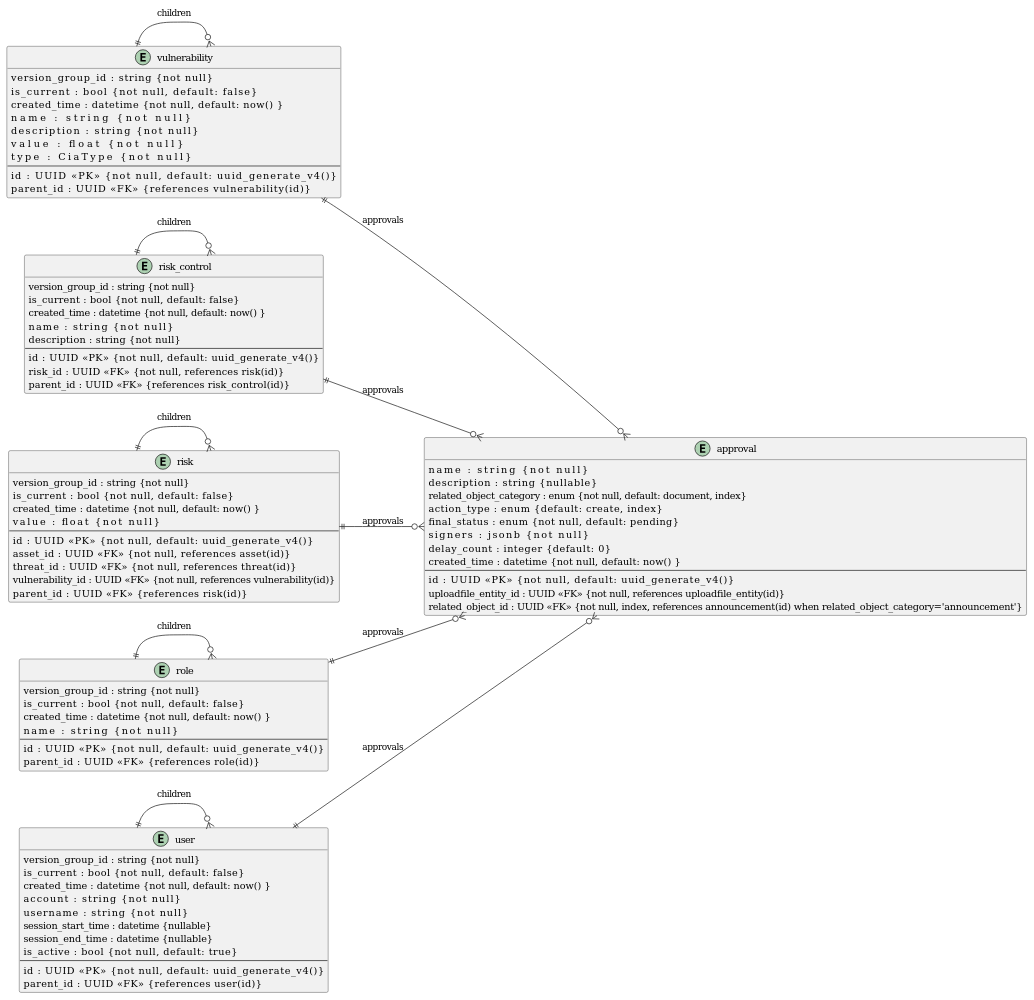
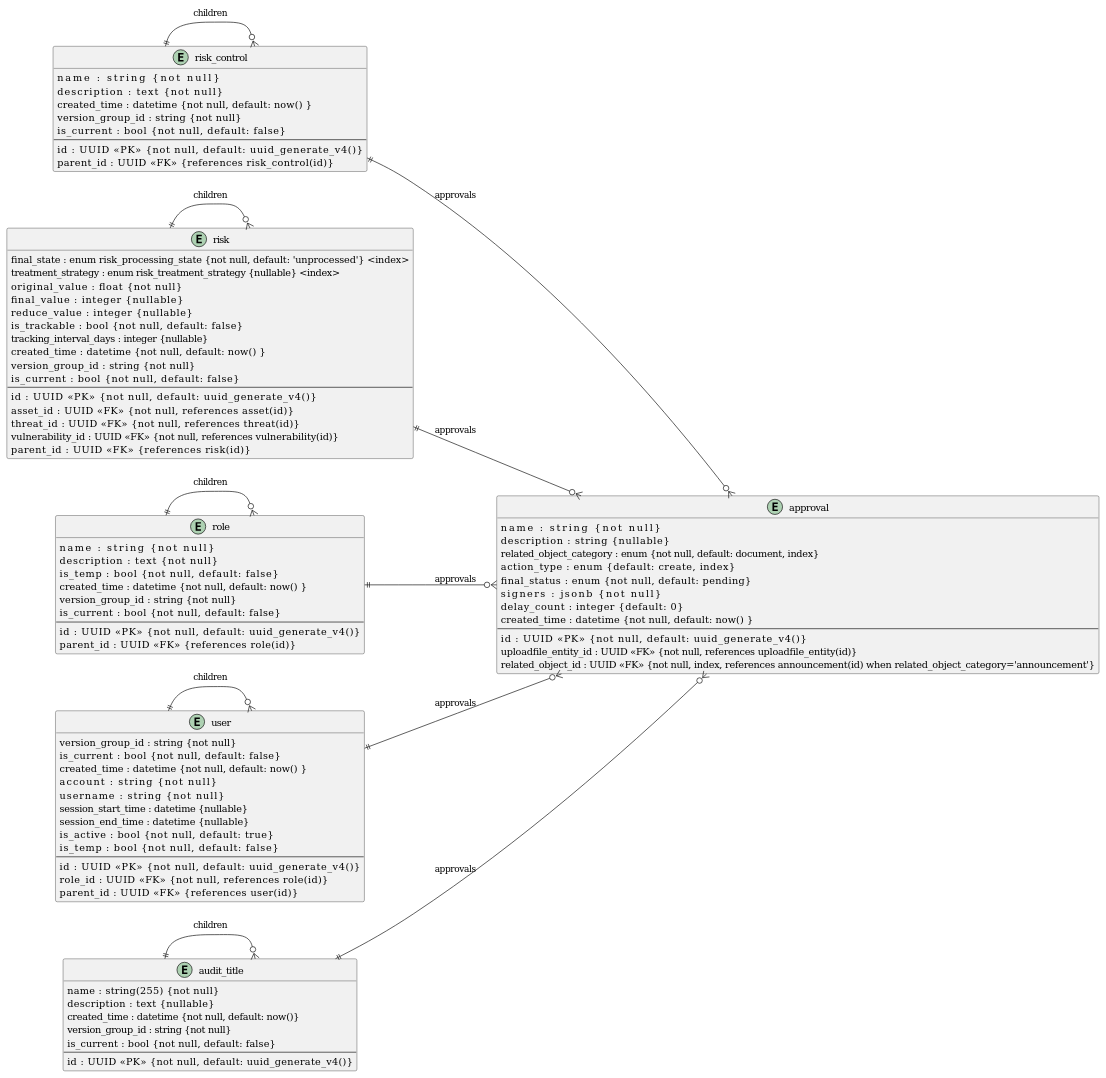
Before and after one commit to walle45611/NTUB_SecuManag_Diagram: the diagram in plantUML/database/model/approval/approval_3.puml, drawn with PlantUML. The commit also changed other lines of this file and 14 other files, not shown here.

```diff
--- a/plantUML/database/model/approval/approval_3.puml
+++ b/plantUML/database/model/approval/approval_3.puml
@@ -1,95 +1,97 @@
 @startuml
 ' skinparam linetype ortho
 left to right direction
 
 entity "approval" as APV {
     name                    : string    {not null}
     description             : string    {nullable}
     related_object_category : enum      {not null, default: document, index}
     action_type             : enum      {default: create, index}
     final_status            : enum      {not null, default: pending}
     signers                 : jsonb     {not null}
     delay_count             : integer   {default: 0}
     created_time            : datetime  {not null, default: now() }
     --
     id                      : UUID      <<PK>>  {not null, default: uuid_generate_v4()}
     uploadfile_entity_id    : UUID      <<FK>>  {not null, references uploadfile_entity(id)}
     related_object_id       : UUID      <<FK>>  {not null, index, references announcement(id) when related_object_category='announcement'}
 }
 
-
-
-
-
-entity "vulnerability" as VUL {
-    version_group_id                : string    {not null}
-    is_current                      : bool      {not null, default: false}
-    created_time                    : datetime  {not null, default: now() }
-    name                            : string    {not null}
-    description                     : string    {not null}
-    value                           : float     {not null}
-    type                            : CiaType   {not null}
+entity "risk_control" as RSC {
+    name                    : string     {not null}
+    description             : text       {not null}
+    created_time            : datetime   {not null, default: now() }
+    version_group_id        : string     {not null}
+    is_current              : bool       {not null, default: false}
     --
-    id                              : UUID      <<PK>>  {not null, default: uuid_generate_v4()}
-    parent_id                       : UUID      <<FK>>  {references vulnerability(id)}
-}
-VUL ||--o{ VUL : children
-VUL ||--o{ APV : approvals
-
-entity "risk_control" as RSC {
-    version_group_id  : string    {not null}
-    is_current        : bool      {not null, default: false}
-    created_time      : datetime  {not null, default: now() }
-    name              : string    {not null}
-    description       : string    {not null}
-    --
-    id                : UUID      <<PK>>  {not null, default: uuid_generate_v4()}
-    risk_id           : UUID      <<FK>>  {not null, references risk(id)}
-    parent_id         : UUID      <<FK>>  {references risk_control(id)}
+    id                      : UUID       <<PK>> {not null, default: uuid_generate_v4()}
+    parent_id               : UUID       <<FK>> {references risk_control(id)}
 }
 RSC ||--o{ RSC : children
 RSC ||--o{ APV : approvals
 
 entity "risk" as RSK {
-    version_group_id      : string    {not null}
-    is_current            : bool      {not null, default: false}
-    created_time          : datetime  {not null, default: now() }
-    value                 : float     {not null}
+    final_state             : enum risk_processing_state {not null, default: 'unprocessed'} <index>
+    treatment_strategy      : enum risk_treatment_strategy {nullable} <index>
+    original_value          : float      {not null}
+    final_value             : integer    {nullable}
+    reduce_value            : integer    {nullable}
+    is_trackable            : bool       {not null, default: false}
+    tracking_interval_days  : integer    {nullable}
+    created_time            : datetime   {not null, default: now() }
+    version_group_id        : string     {not null}
+    is_current              : bool       {not null, default: false}
     --
-    id                    : UUID      <<PK>>  {not null, default: uuid_generate_v4()}
-    asset_id              : UUID      <<FK>>  {not null, references asset(id)}
-    threat_id             : UUID      <<FK>>  {not null, references threat(id)}
-    vulnerability_id      : UUID      <<FK>>  {not null, references vulnerability(id)}
-    parent_id             : UUID      <<FK>>  {references risk(id)}
+    id                      : UUID       <<PK>> {not null, default: uuid_generate_v4()}
+    asset_id                : UUID       <<FK>> {not null, references asset(id)}
+    threat_id               : UUID       <<FK>> {not null, references threat(id)}
+    vulnerability_id        : UUID       <<FK>> {not null, references vulnerability(id)}
+    parent_id               : UUID       <<FK>> {references risk(id)}
 }
 RSK ||--o{ RSK : children
 RSK ||--o{ APV : approvals
 
 entity "role" as ROL {
+    name                  : string    {not null}
+    description           : text      {not null}
+    is_temp               : bool      {not null, default: false}
+    created_time          : datetime  {not null, default: now() }
     version_group_id      : string    {not null}
     is_current            : bool      {not null, default: false}
-    created_time          : datetime  {not null, default: now() }
-    name                  : string    {not null}
     --
     id                    : UUID      <<PK>>  {not null, default: uuid_generate_v4()}
     parent_id             : UUID      <<FK>>  {references role(id)}
 }
 ROL ||--o{ ROL : children
 ROL ||--o{ APV : approvals
 
 entity "user" as USR {
     version_group_id      : string    {not null}
     is_current            : bool      {not null, default: false}
     created_time          : datetime  {not null, default: now() }
     account               : string    {not null}
     username              : string    {not null}
     session_start_time    : datetime  {nullable}
     session_end_time      : datetime  {nullable}
     is_active             : bool      {not null, default: true}
+    is_temp               : bool      {not null, default: false}
     --
     id                    : UUID      <<PK>>  {not null, default: uuid_generate_v4()}
+    role_id               : UUID      <<FK>>  {not null, references role(id)}
     parent_id             : UUID      <<FK>>  {references user(id)}
 }
 USR ||--o{ USR : children
 USR ||--o{ APV : approvals
+
+entity "audit_title" as AUT {
+    name          : string(255)  {not null}
+    description   : text         {nullable}
+    created_time  : datetime     {not null, default: now()}
+    version_group_id : string    {not null}
+    is_current    : bool         {not null, default: false}
+    --
+    id            : UUID         <<PK>> {not null, default: uuid_generate_v4()}
+}
+AUT ||--o{ AUT : children
+AUT ||--o{ APV : approvals
 @enduml
```
